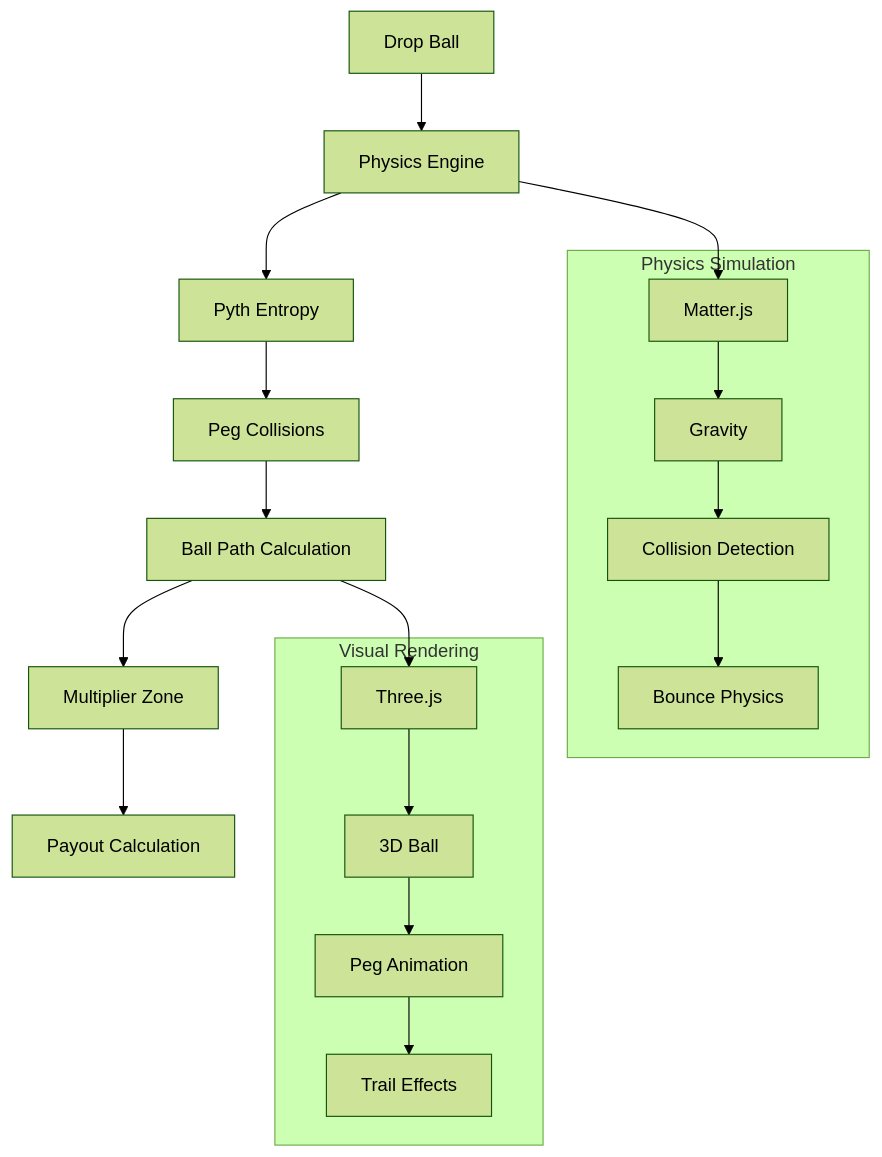
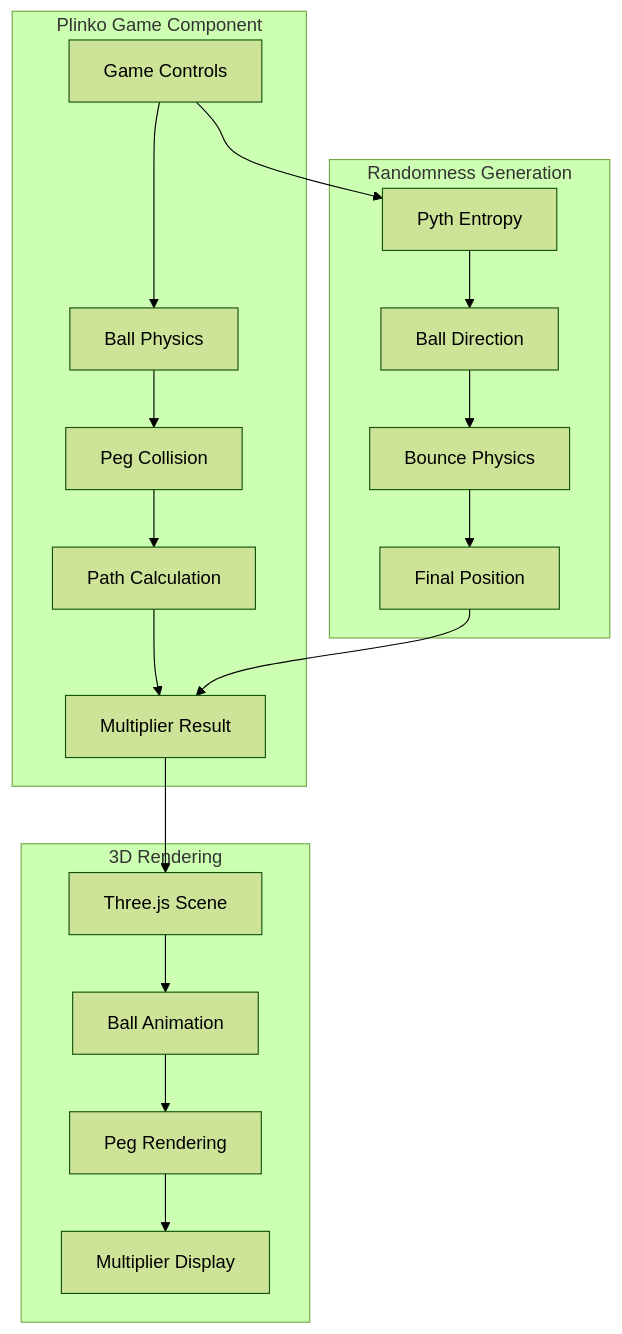
One commit to AmaanSayyad/APT-Casino-Stacks changed the seventh of 12 diagrams in MERMAID_DIAGRAMS.md. Above: the diagram before and after it, drawn with Mermaid (forest theme). The commit also changed other lines of this file and 5 other files, not shown here.

````diff
--- a/MERMAID_DIAGRAMS.md
+++ b/MERMAID_DIAGRAMS.md
@@ -206,24 +183,25 @@
 ```mermaid
-graph TD
-    A[Drop Ball] --> B[Physics Engine]
-    B --> C[Pyth Entropy]
-    C --> D[Peg Collisions]
-    D --> E[Ball Path Calculation]
-    E --> F[Multiplier Zone]
-    F --> G[Payout Calculation]
-    
-    subgraph Physics["Physics Simulation"]
-        H[Matter.js] --> I[Gravity]
-        I --> J[Collision Detection]
-        J --> K[Bounce Physics]
+graph TB
+    subgraph PlinkoGame["Plinko Game Component"]
+        A[Game Controls] --> B[Ball Physics]
+        B --> C[Peg Collision]
+        C --> D[Path Calculation]
+        D --> E[Multiplier Result]
     end
     
-    subgraph Visual["Visual Rendering"]
-        L[Three.js] --> M[3D Ball]
-        M --> N[Peg Animation]
-        N --> O[Trail Effects]
+    subgraph Randomness["Randomness Generation"]
+        F[Pyth Entropy] --> G[Ball Direction]
+        G --> H[Bounce Physics]
+        H --> I[Final Position]
     end
     
-    B --> H
-    E --> L
+    subgraph Rendering["3D Rendering"]
+        J[Three.js Scene] --> K[Ball Animation]
+        K --> L[Peg Rendering]
+        L --> M[Multiplier Display]
+    end
+    
+    A --> F
+    E --> J
+    I --> E
 ```
````
